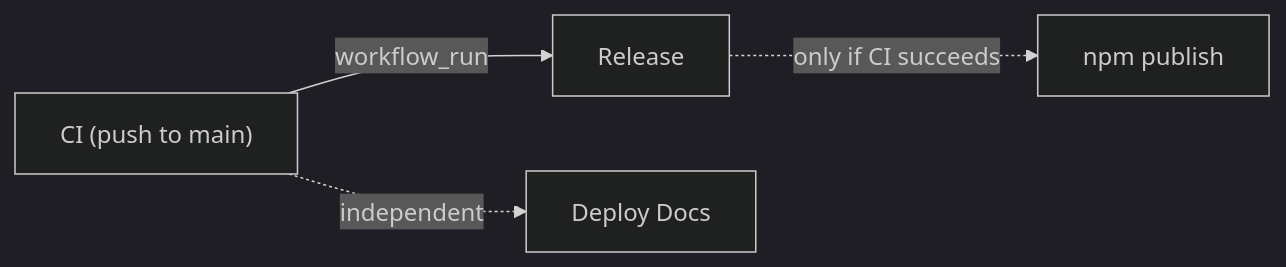
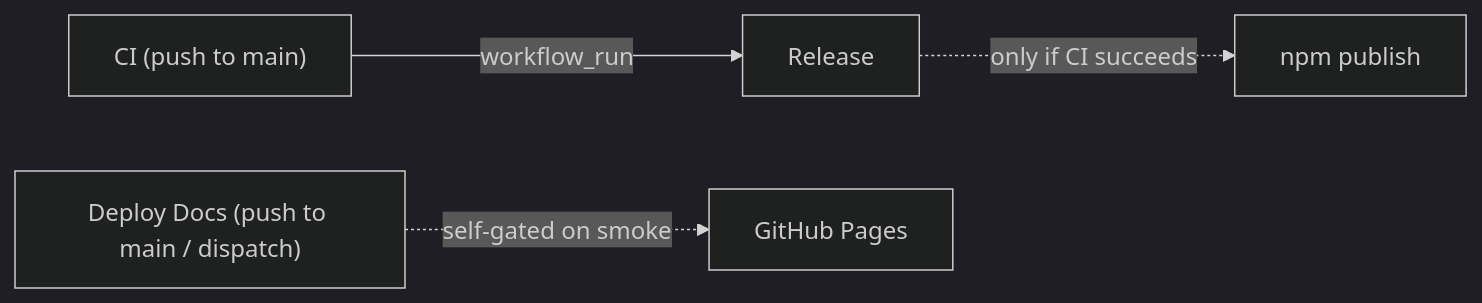
One commit to thejustinwalsh/three-flatland changed the second of 2 diagrams in .github/workflows/README.md. Above: the diagram before and after it, drawn with Mermaid (dark theme). The commit also changed other lines of this file and 1 other file, not shown here.

First line of the commit message:
ci: self-gate Deploy Docs on smoke via reusable workflows

````diff
--- a/.github/workflows/README.md
+++ b/.github/workflows/README.md
@@ -113,6 +113,6 @@
 ```mermaid
 graph LR
     CI["CI (push to main)"] -->|workflow_run| Release
     Release -.->|"only if CI succeeds"| NPM["npm publish"]
-    CI -.->|"independent"| Docs["Deploy Docs"]
+    Docs["Deploy Docs (push to main / dispatch)"] -.->|"self-gated on smoke"| Pages["GitHub Pages"]
 ```
````
